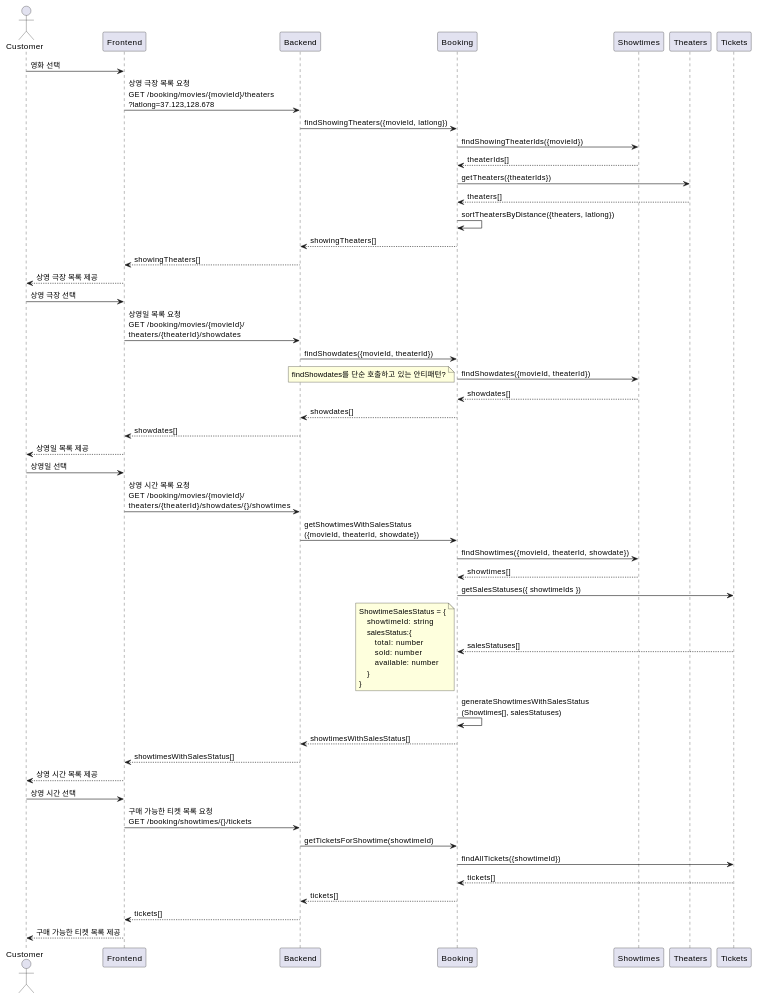
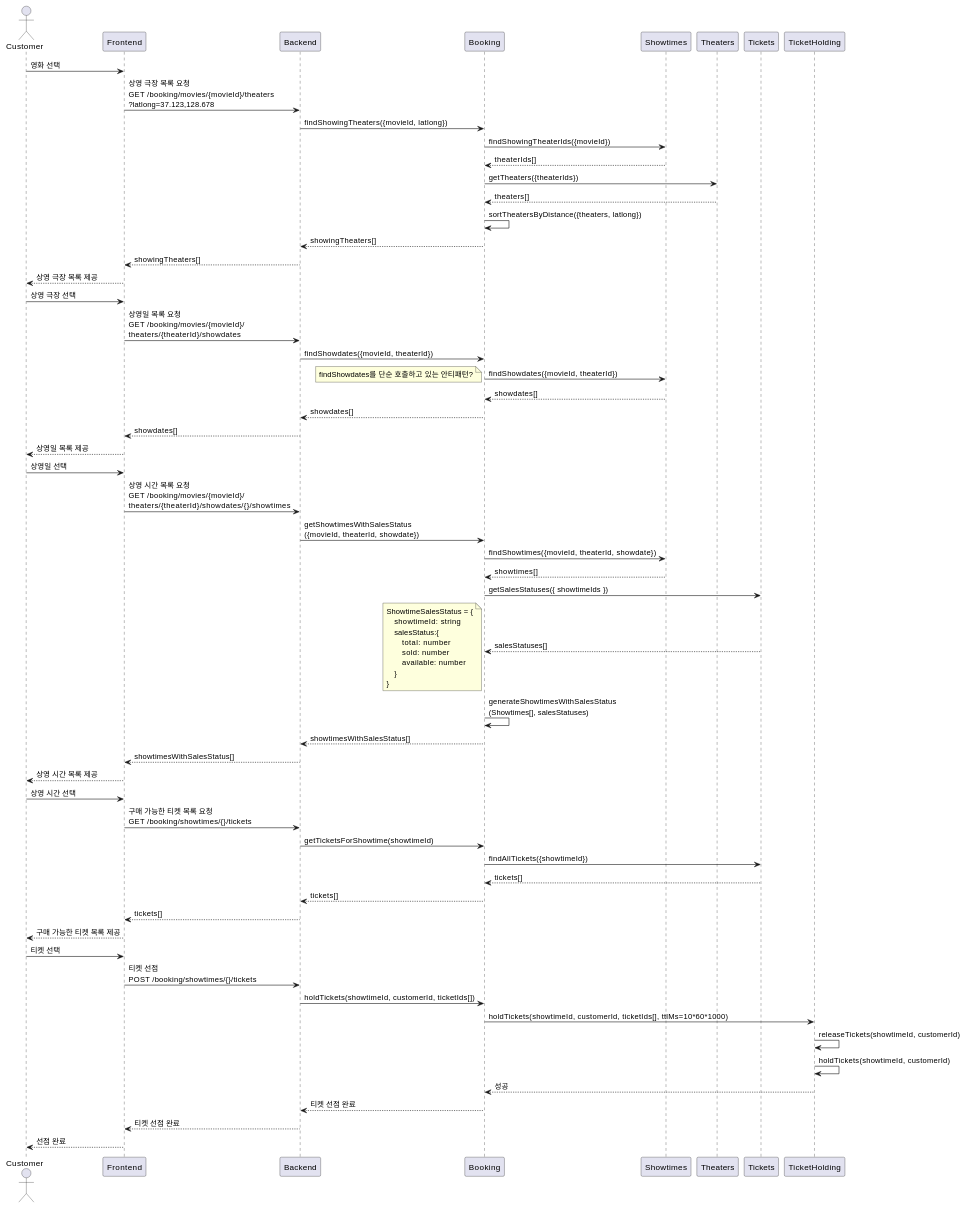
The second of 3 diagrams in docs/tickets-purchase.md (mannercode/nest-seed), drawn with PlantUML before and after one commit. The commit also changed other lines of this file and 15 other files, not shown here.

````diff
--- a/docs/tickets-purchase.md
+++ b/docs/tickets-purchase.md
@@ -101,59 +101,71 @@
 ```plantuml
 @startuml
 actor Customer
 
 Customer -> Frontend : 영화 선택
     Frontend -> Backend : 상영 극장 목록 요청\nGET /booking/movies/{movieId}/theaters\n?latlong=37.123,128.678
         Backend -> Booking: findShowingTheaters({movieId, latlong})
             Booking -> Showtimes: findShowingTheaterIds({movieId})
             Booking <-- Showtimes: theaterIds[]
             Booking -> Theaters: getTheaters({theaterIds})
             Booking <-- Theaters: theaters[]
             Booking -> Booking: sortTheatersByDistance({theaters, latlong})
         Backend <-- Booking: showingTheaters[]
     Frontend <-- Backend : showingTheaters[]
 Customer <-- Frontend : 상영 극장 목록 제공
 
 Customer -> Frontend : 상영 극장 선택
     Frontend -> Backend : 상영일 목록 요청\nGET /booking/movies/{movieId}/\ntheaters/{theaterId}/showdates
         Backend -> Booking: findShowdates({movieId, theaterId})
             Booking -> Showtimes: findShowdates({movieId, theaterId})
                 note left
                 findShowdates를 단순 호출하고 있는 안티패턴?
                 end note
             Booking <-- Showtimes: showdates[]
         Backend <-- Booking: showdates[]
     Frontend <-- Backend : showdates[]
 Customer <-- Frontend : 상영일 목록 제공
 
 Customer -> Frontend : 상영일 선택
     Frontend -> Backend : 상영 시간 목록 요청\nGET /booking/movies/{movieId}/\ntheaters/{theaterId}/showdates/{}/showtimes
         Backend -> Booking: getShowtimesWithSalesStatus\n({movieId, theaterId, showdate})
             Booking -> Showtimes: findShowtimes({movieId, theaterId, showdate})
             Booking <-- Showtimes: showtimes[]
             Booking -> Tickets: getSalesStatuses({ showtimeIds })
             Booking <-- Tickets: salesStatuses[]
             note left
             ShowtimeSalesStatus = {
                 showtimeId: string
                 salesStatus:{
                     total: number
                     sold: number
                     available: number
                 }
             }
             end note
             Booking -> Booking: generateShowtimesWithSalesStatus\n(Showtimes[], salesStatuses)
         Backend <-- Booking: showtimesWithSalesStatus[]
     Frontend <-- Backend : showtimesWithSalesStatus[]
 Customer <-- Frontend : 상영 시간 목록 제공
 
 Customer -> Frontend : 상영 시간 선택
     Frontend -> Backend : 구매 가능한 티켓 목록 요청\nGET /booking/showtimes/{}/tickets
         Backend -> Booking : getTicketsForShowtime(showtimeId)
             Booking -> Tickets : findAllTickets({showtimeId})
             Booking <-- Tickets : tickets[]
         Backend <-- Booking: tickets[]
     Frontend <-- Backend : tickets[]
 Customer <-- Frontend : 구매 가능한 티켓 목록 제공
+
+Customer -> Frontend: 티켓 선택
+    Frontend -> Backend: 티켓 선점\nPOST /booking/showtimes/{}/tickets
+        Backend -> Booking: holdTickets(showtimeId, customerId, ticketIds[])
+            Booking -> TicketHolding: holdTickets(showtimeId, customerId, ticketIds[], ttlMs=10*60*1000)
+                TicketHolding -> TicketHolding: releaseTickets(showtimeId, customerId)
+                TicketHolding -> TicketHolding: holdTickets(showtimeId, customerId)
+            Booking <-- TicketHolding: 성공
+        Backend <-- Booking: 티켓 선점 완료
+    Frontend <-- Backend: 티켓 선점 완료
+Customer <-- Frontend: 선점 완료
+
 ```
````
